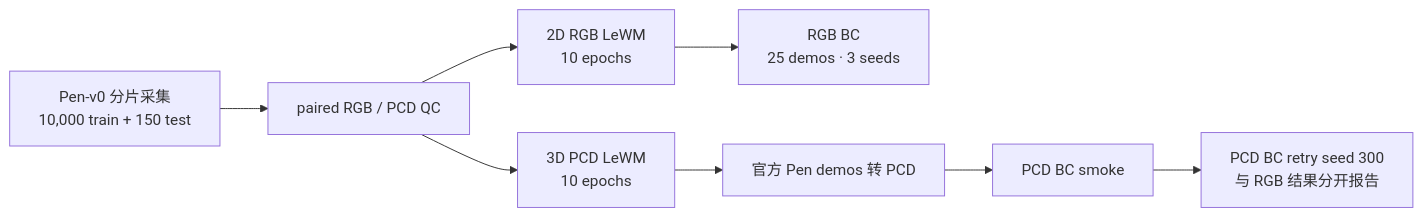
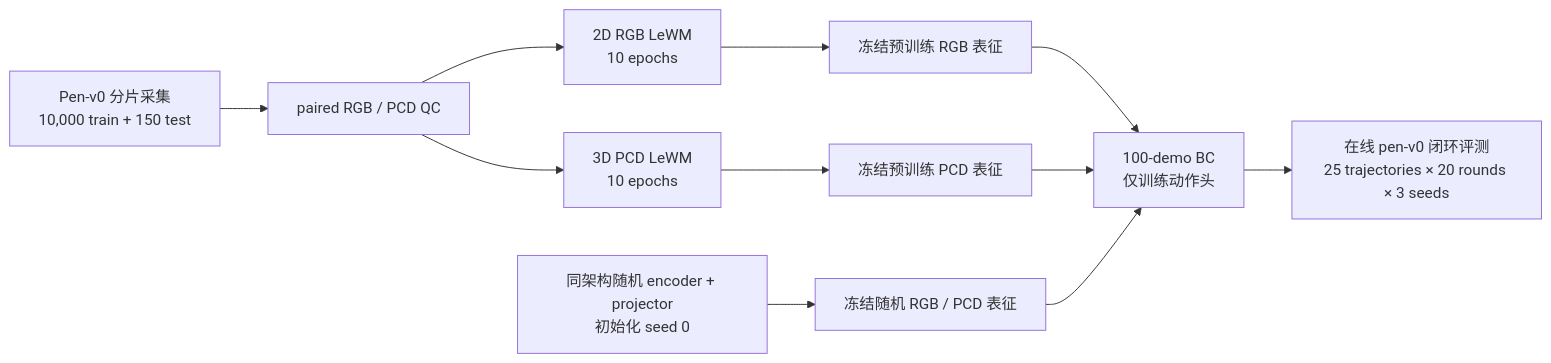
Before and after one commit to AIGeeksGroup/JEPA4R: the diagram in README.md, drawn with Mermaid. The commit also changed other lines of this file and 10 other files, not shown here.

````diff
--- a/README.md
+++ b/README.md
@@ -7,10 +9,13 @@
 ```mermaid
 flowchart LR
     A[Pen-v0 分片采集<br/>10,000 train + 150 test] --> B[paired RGB / PCD QC]
     B --> C[2D RGB LeWM<br/>10 epochs]
     B --> D[3D PCD LeWM<br/>10 epochs]
-    C --> E[RGB BC<br/>25 demos · 3 seeds]
-    D --> F[官方 Pen demos 转 PCD]
-    F --> G[PCD BC smoke]
-    G --> H[PCD BC retry seed 300<br/>与 RGB 结果分开报告]
+    C --> E[冻结预训练 RGB 表征]
+    D --> F[冻结预训练 PCD 表征]
+    R[同架构随机 encoder + projector<br/>初始化 seed 0] --> S[冻结随机 RGB / PCD 表征]
+    E --> G[100-demo BC<br/>仅训练动作头]
+    F --> G
+    S --> G
+    G --> H[在线 pen-v0 闭环评测<br/>25 trajectories × 20 rounds × 3 seeds]
 ```
````
